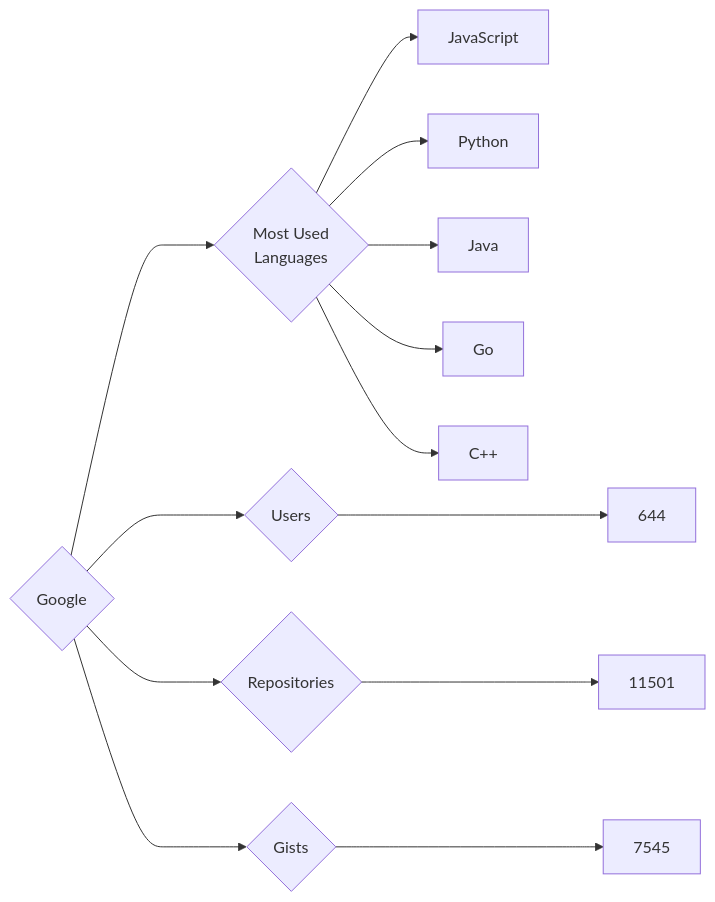
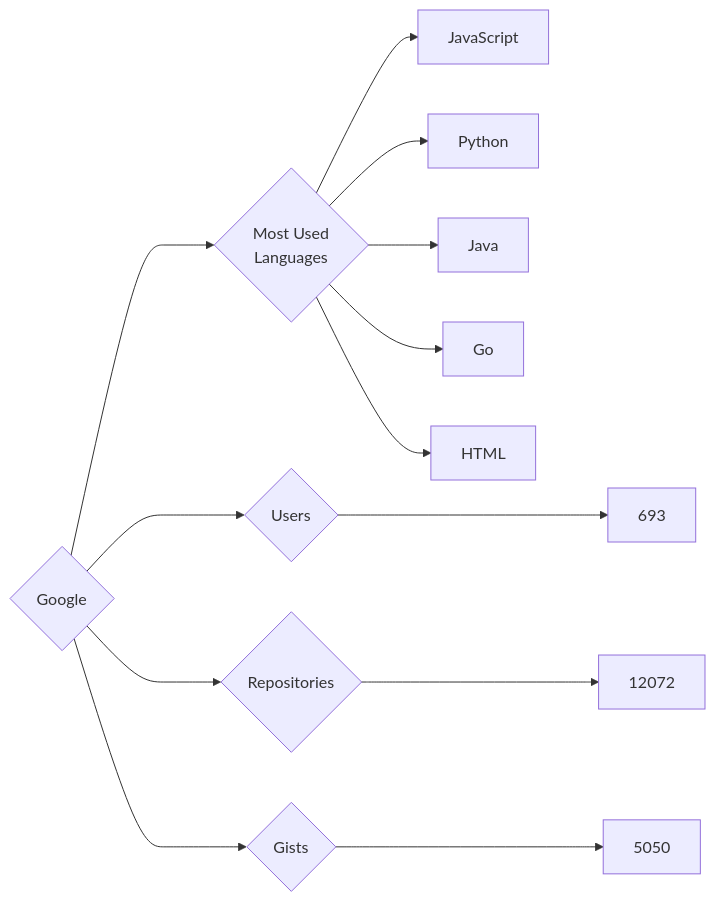
Before and after one commit to trickest/insiders: the diagram in targets/Google/README.md, drawn with Mermaid. The commit also changed 736 other files, not shown here.

````diff
--- a/targets/Google/README.md
+++ b/targets/Google/README.md
@@ -3,13 +3,13 @@
 ```mermaid
 graph LR
 COMPANY_NAME{Google}
-COMPANY_NAME ---> U{Users} ---> UN[644]
-COMPANY_NAME ---> R{Repositories} ---> RN[11501]
-COMPANY_NAME ---> G{Gists} ---> GN[7545]
+COMPANY_NAME ---> U{Users} ---> UN[693]
+COMPANY_NAME ---> R{Repositories} ---> RN[12072]
+COMPANY_NAME ---> G{Gists} ---> GN[5050]
 COMPANY_NAME ---> ML{Most Used<br>Languages}
 ML --> JavaScript[JavaScript]
 ML --> Python[Python]
 ML --> Java[Java]
 ML --> Go[Go]
-ML --> C++[C++]
+ML --> HTML[HTML]
 ```
````
